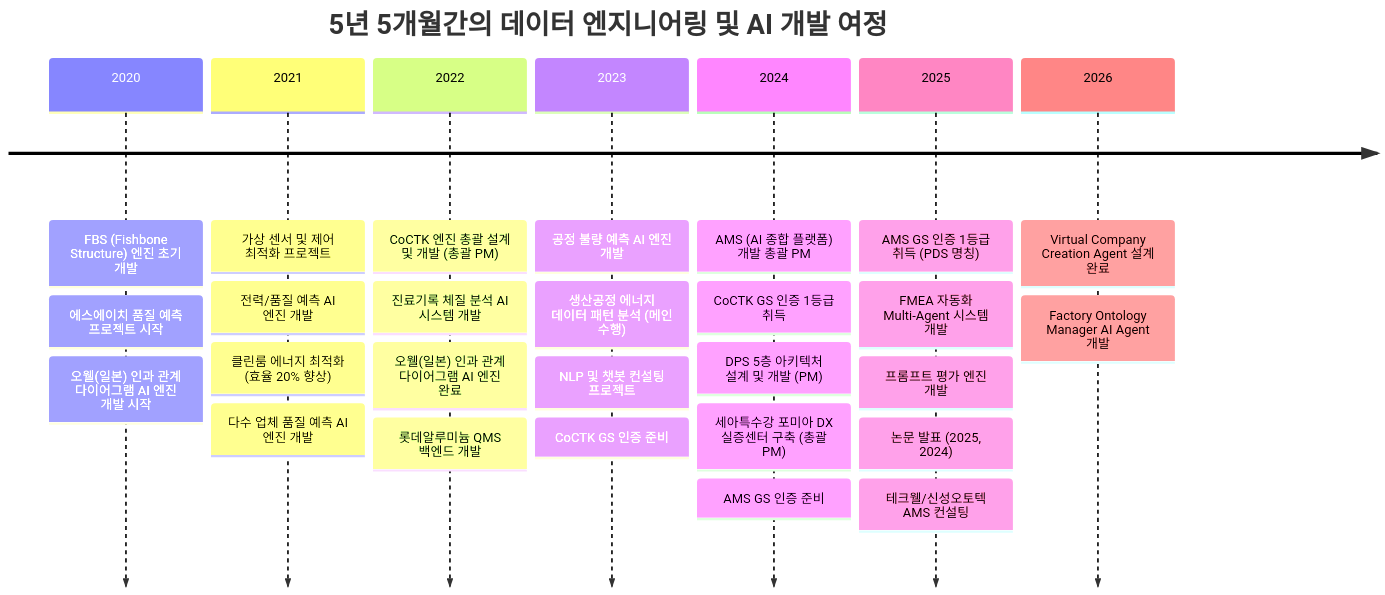
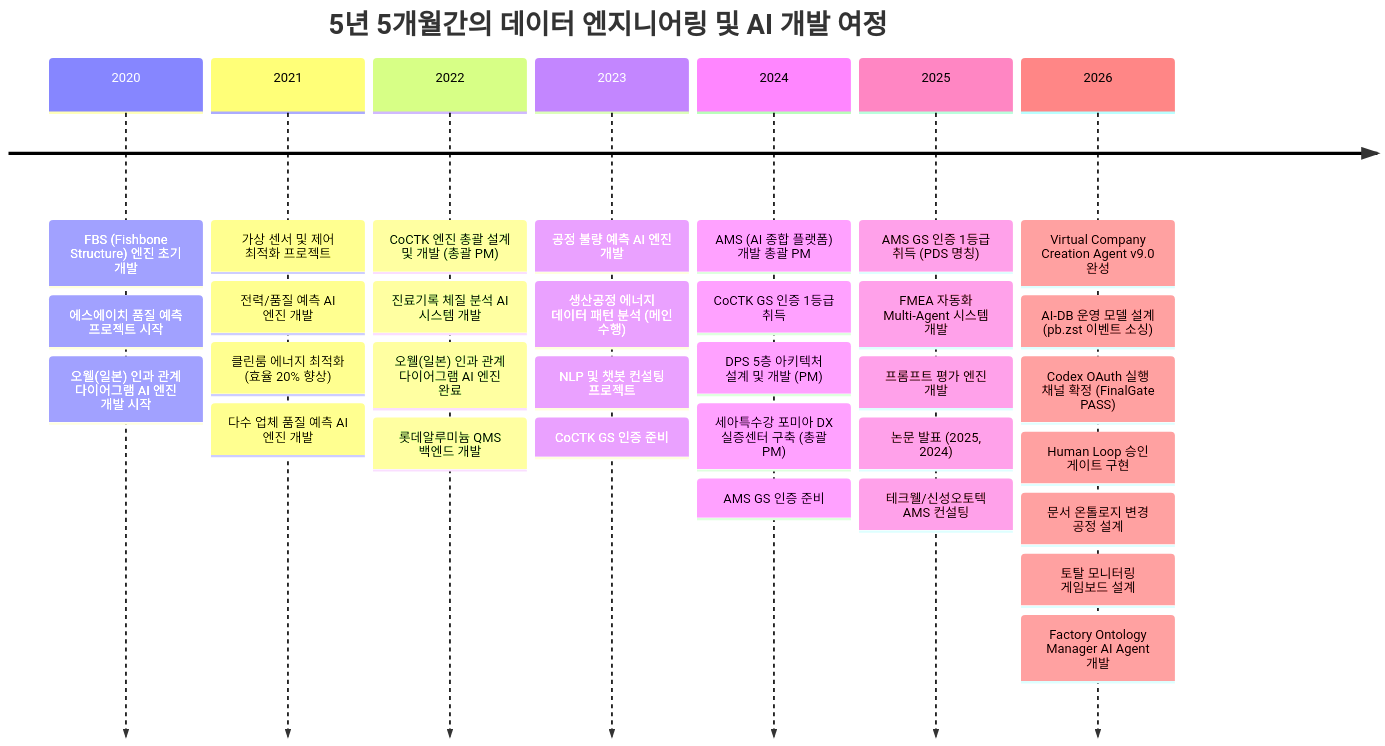
One commit to moobaek/Testing_AI_agents_for_public_use changed the first of 4 diagrams in portfolio/portfolio_docs/resume_generator/assets/일반공개/권순룡_이력서_일반공개.md. Above: the diagram before and after it, drawn with Mermaid. The commit also changed other lines of this file and 14 other files, not shown here.

````diff
--- a/portfolio/portfolio_docs/resume_generator/assets/일반공개/권순룡_이력서_일반공개.md
+++ b/portfolio/portfolio_docs/resume_generator/assets/일반공개/권순룡_이력서_일반공개.md
@@ -17,31 +17,36 @@
 ```mermaid
 timeline
     title 5년 5개월간의 데이터 엔지니어링 및 AI 개발 여정
     2020 : FBS (Fishbone Structure) 엔진 초기 개발
          : 에스에이치 품질 예측 프로젝트 시작
          : 오웰(일본) 인과 관계 다이어그램 AI 엔진 개발 시작
     2021 : 가상 센서 및 제어 최적화 프로젝트
          : 전력/품질 예측 AI 엔진 개발
          : 클린룸 에너지 최적화 (효율 20% 향상)
          : 다수 업체 품질 예측 AI 엔진 개발
     2022 : CoCTK 엔진 총괄 설계 및 개발 (총괄 PM)
          : 진료기록 체질 분석 AI 시스템 개발
          : 오웰(일본) 인과 관계 다이어그램 AI 엔진 완료
          : 롯데알루미늄 QMS 백엔드 개발
     2023 : 공정 불량 예측 AI 엔진 개발
          : 생산공정 에너지 데이터 패턴 분석 (메인 수행)
          : NLP 및 챗봇 컨설팅 프로젝트
          : CoCTK GS 인증 준비
     2024 : AMS (AI 종합 플랫폼) 개발 총괄 PM
          : CoCTK GS 인증 1등급 취득
          : DPS 5층 아키텍처 설계 및 개발 (PM)
          : 세아특수강 포미아 DX 실증센터 구축 (총괄 PM)
          : AMS GS 인증 준비
     2025 : AMS GS 인증 1등급 취득 (PDS 명칭)
          : FMEA 자동화 Multi-Agent 시스템 개발
          : 프롬프트 평가 엔진 개발
          : 논문 발표 (2025, 2024)
          : 테크웰/신성오토텍 AMS 컨설팅
-    2026 : Virtual Company Creation Agent 설계 완료
+    2026 : Virtual Company Creation Agent v9.0 완성
+         : AI-DB 운영 모델 설계 (pb.zst 이벤트 소싱)
+         : Codex OAuth 실행 채널 확정 (FinalGate PASS)
+         : Human Loop 승인 게이트 구현
+         : 문서 온톨로지 변경 공정 설계
+         : 토탈 모니터링 게임보드 설계
          : Factory Ontology Manager AI Agent 개발
 ```
````
